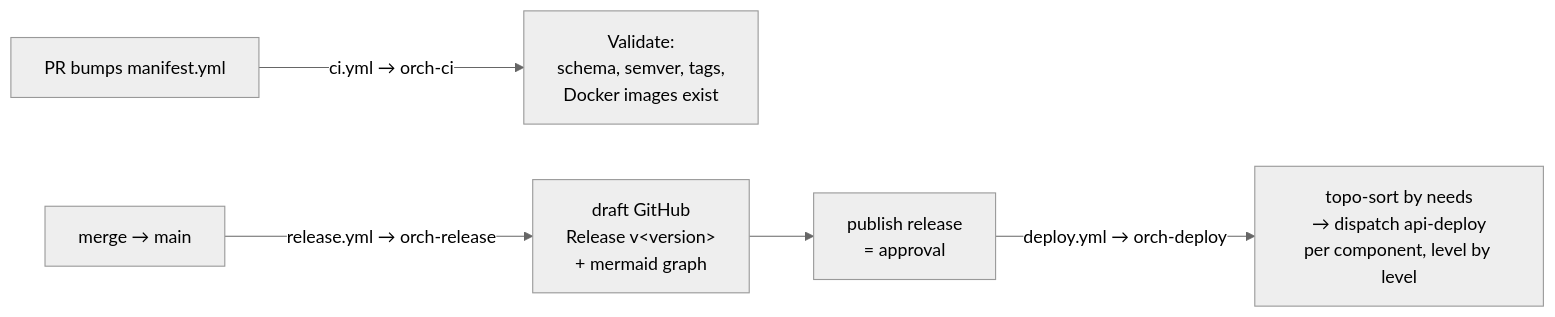
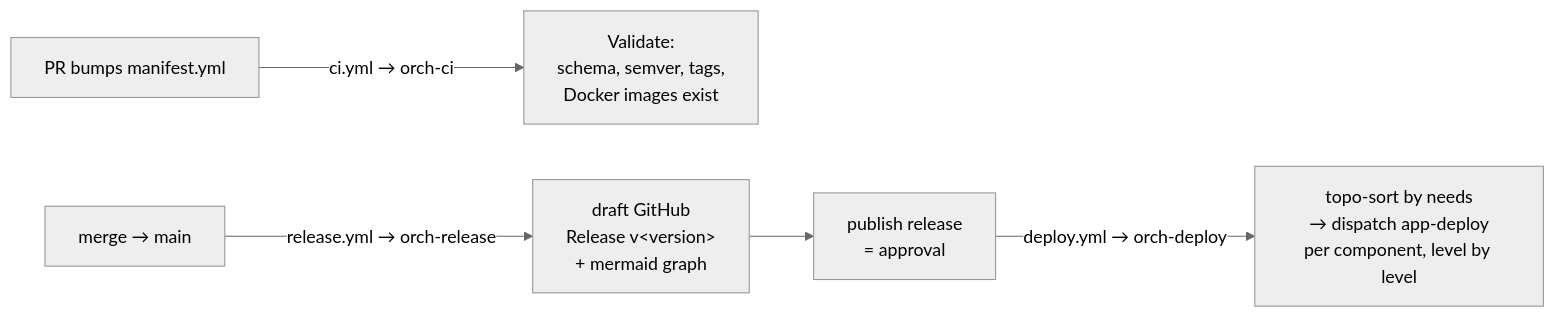
Before and after one commit to progmise/deploy-manifest: the diagram in README.md, drawn with Mermaid (neutral theme). The commit also changed other lines of this file, not shown here.

Commit message:
docs: api-deploy -> app-deploy

````diff
--- a/README.md
+++ b/README.md
@@ -9,7 +9,7 @@
 ```mermaid
 flowchart LR
     PR["PR bumps manifest.yml"] -->|"ci.yml → orch-ci"| V["Validate:<br/>schema, semver, tags,<br/>Docker images exist"]
     M["merge → main"] -->|"release.yml → orch-release"| R["draft GitHub<br/>Release v&lt;version&gt;<br/>+ mermaid graph"]
     R --> P["publish release<br/>= approval"]
-    P -->|"deploy.yml → orch-deploy"| D["topo-sort by needs<br/>→ dispatch api-deploy<br/>per component, level by level"]
+    P -->|"deploy.yml → orch-deploy"| D["topo-sort by needs<br/>→ dispatch app-deploy<br/>per component, level by level"]
 ```
````
